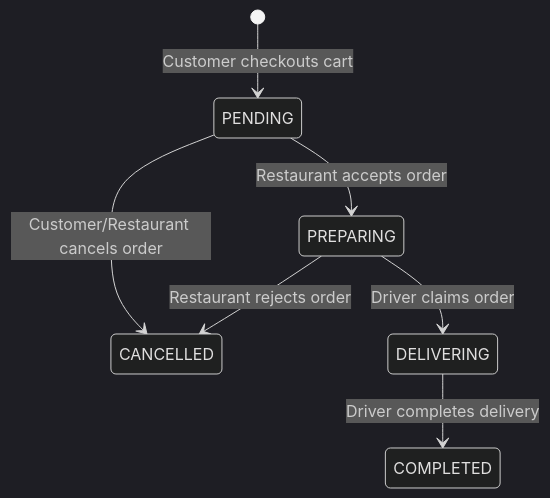
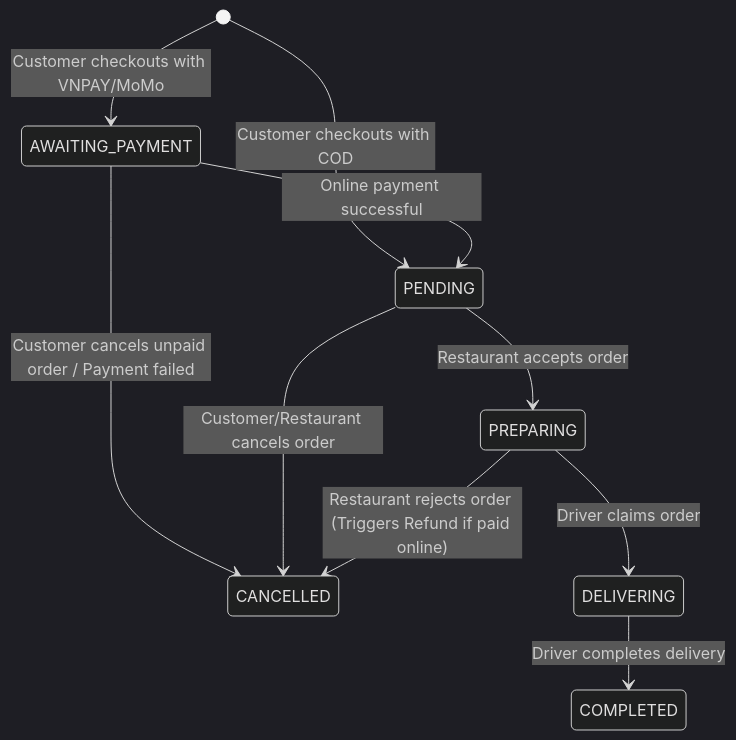
Before and after one commit to DNTt30/Food_Delivery_System: the first of 2 diagrams in modules/order.md, drawn with Mermaid (dark theme). The commit also changed other lines of this file and 2 other files, not shown here.

Commit message:
Update documentation for Payment, Refund, and E-wallet UI features

````diff
--- a/modules/order.md
+++ b/modules/order.md
@@ -31,9 +31,12 @@
 ```mermaid
 stateDiagram-v2
-    [*] --> PENDING : Customer checkouts cart
+    [*] --> AWAITING_PAYMENT : Customer checkouts with VNPAY/MoMo
+    [*] --> PENDING : Customer checkouts with COD
+    AWAITING_PAYMENT --> PENDING : Online payment successful
+    AWAITING_PAYMENT --> CANCELLED : Customer cancels unpaid order / Payment failed
     PENDING --> PREPARING : Restaurant accepts order
     PENDING --> CANCELLED : Customer/Restaurant cancels order
     PREPARING --> DELIVERING : Driver claims order
-    PREPARING --> CANCELLED : Restaurant rejects order
+    PREPARING --> CANCELLED : Restaurant rejects order (Triggers Refund if paid online)
     DELIVERING --> COMPLETED : Driver completes delivery
 ```
````
